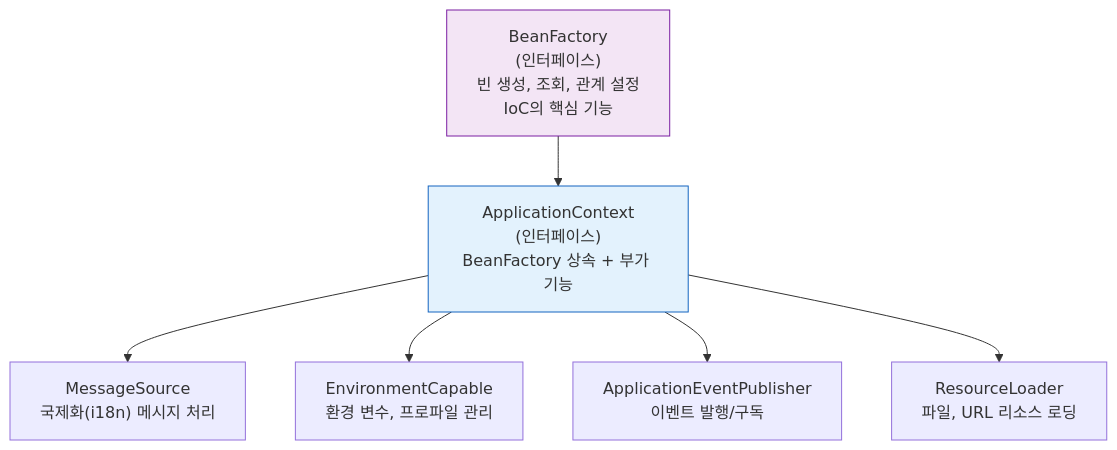
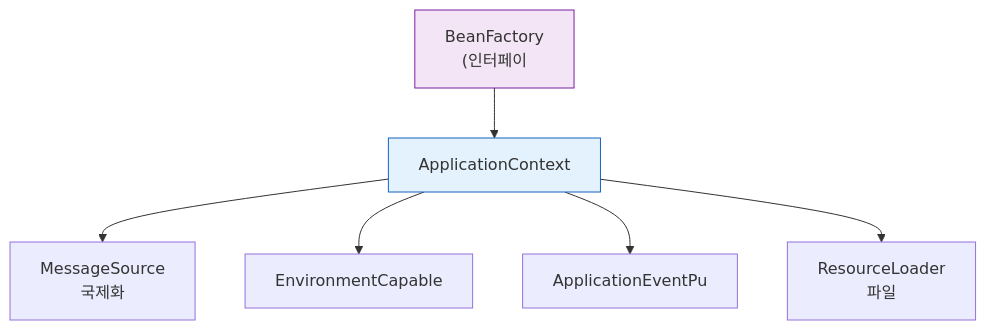
The third of 4 diagrams in _posts/spring/2022-06-16-제어의역전.md (yjkim2015/yjkim2015.github.io), drawn with Mermaid before and after one commit. The commit also changed other lines of this file and 271 other files, not shown here.

First line of the commit message:
Mermaid 라벨 축소: 긴 노드 텍스트 18자 이하로 트림 + \n 제거

````diff
--- a/_posts/spring/2022-06-16-제어의역전.md
+++ b/_posts/spring/2022-06-16-제어의역전.md
@@ -103,12 +103,12 @@
 ```mermaid
 graph TD
-    BF["BeanFactory\n(인터페이스)\n빈 생성, 조회, 관계 설정\nIoC의 핵심 기능"]
-    AC["ApplicationContext\n(인터페이스)\nBeanFactory 상속 + 부가 기능"]
-    AC --> MSG["MessageSource\n국제화(i18n) 메시지 처리"]
-    AC --> ENV["EnvironmentCapable\n환경 변수, 프로파일 관리"]
-    AC --> AE["ApplicationEventPublisher\n이벤트 발행/구독"]
-    AC --> RL["ResourceLoader\n파일, URL 리소스 로딩"]
+    BF["BeanFactory\n(인터페이"]
+    AC["ApplicationContext"]
+    AC --> MSG["MessageSource\n국제화"]
+    AC --> ENV["EnvironmentCapable"]
+    AC --> AE["ApplicationEventPu"]
+    AC --> RL["ResourceLoader\n파일"]
     BF --> AC
     style AC fill:#e3f2fd,stroke:#1565c0
     style BF fill:#f3e5f5,stroke:#7b1fa2
 ```
````
